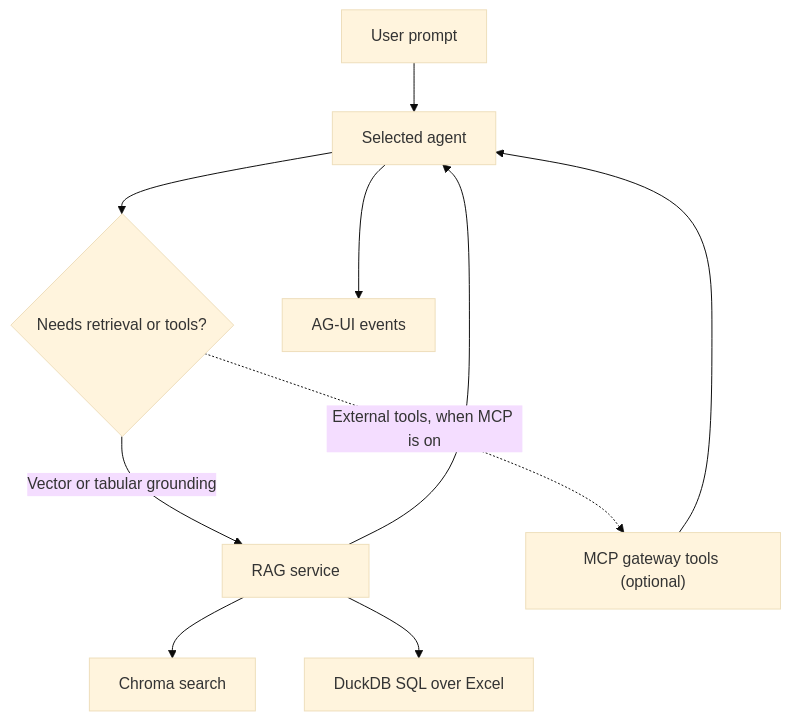
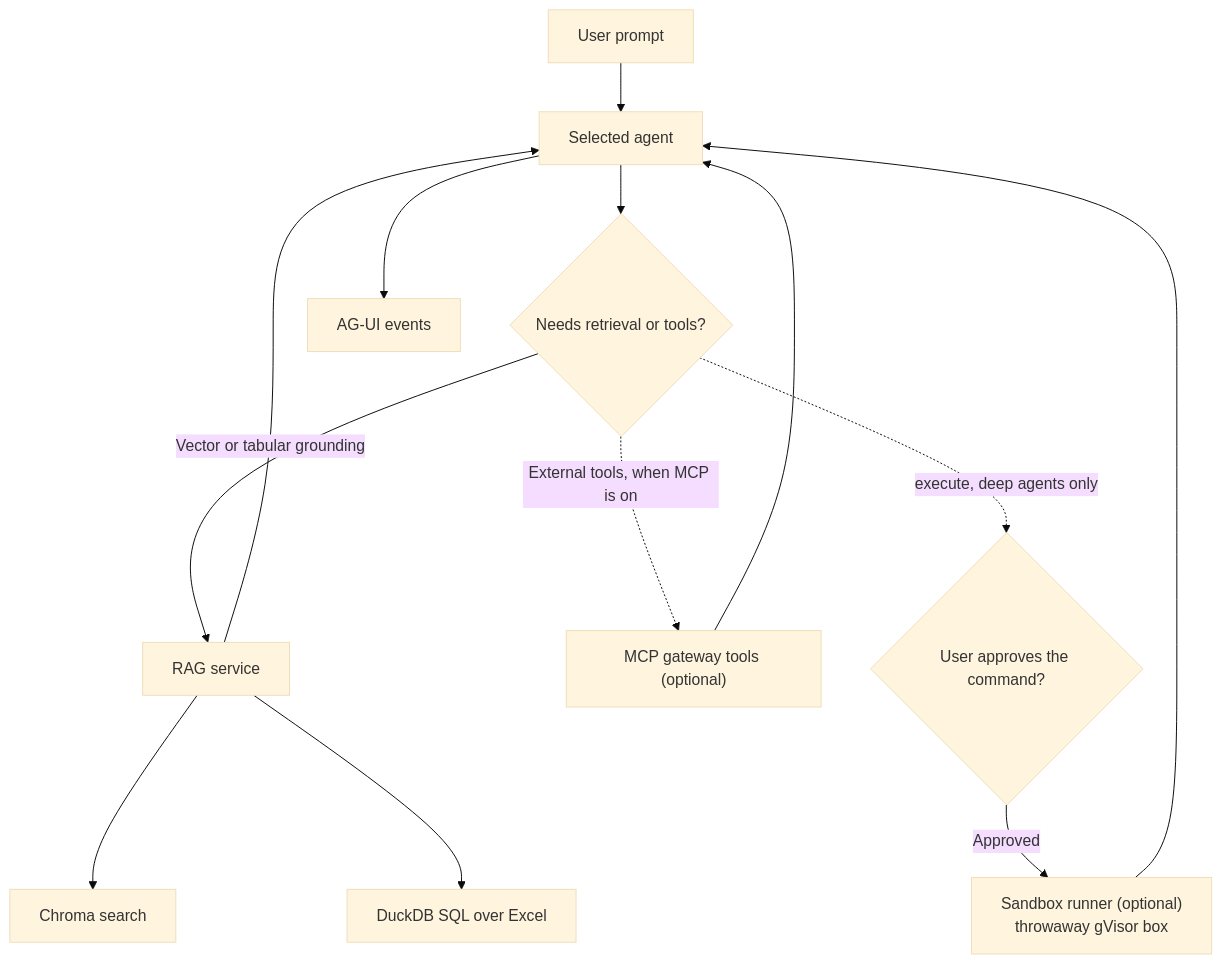
Before and after one commit to konstantinosmpouros/mAgenticX: the fourth of 10 diagrams in README.md, drawn with Mermaid (base theme). The commit also changed other lines of this file and 7 other files, not shown here.

First line of the commit message:
feat(agents): enable sandboxed execute on Dennis through the sandbox runner

````diff
--- a/README.md
+++ b/README.md
@@ -147,21 +172,26 @@
 ```mermaid
 flowchart TD
     Prompt["User prompt"]
     Agent["Selected agent"]
     Decide{"Needs retrieval or tools?"}
     RAG["RAG service"]
     MCP["MCP gateway tools (optional)"]
+    Approve{"User approves the command?"}
+    Sandbox["Sandbox runner (optional)<br/>throwaway gVisor box"]
     Chroma["Chroma search"]
     DuckDB["DuckDB SQL over Excel"]
     Stream["AG-UI events"]
 
     Prompt --> Agent
     Agent --> Decide
-    Decide -->|Vector or tabular grounding| RAG
-    Decide -.->|External tools, when MCP is on| MCP
+    Decide -->|"Vector or tabular grounding"| RAG
+    Decide -.->|"External tools, when MCP is on"| MCP
+    Decide -.->|"execute, deep agents only"| Approve
+    Approve -->|"Approved"| Sandbox
     RAG --> Chroma
     RAG --> DuckDB
     RAG --> Agent
     MCP --> Agent
+    Sandbox --> Agent
     Agent --> Stream
 ```
````
